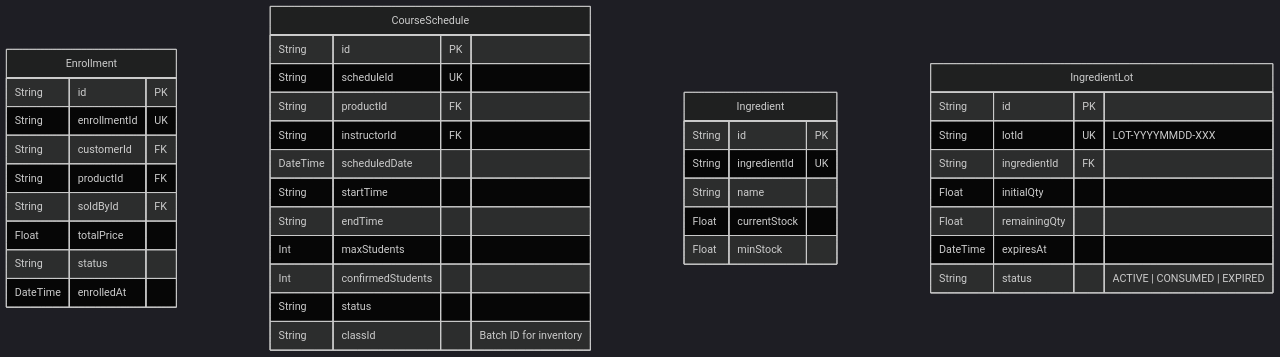
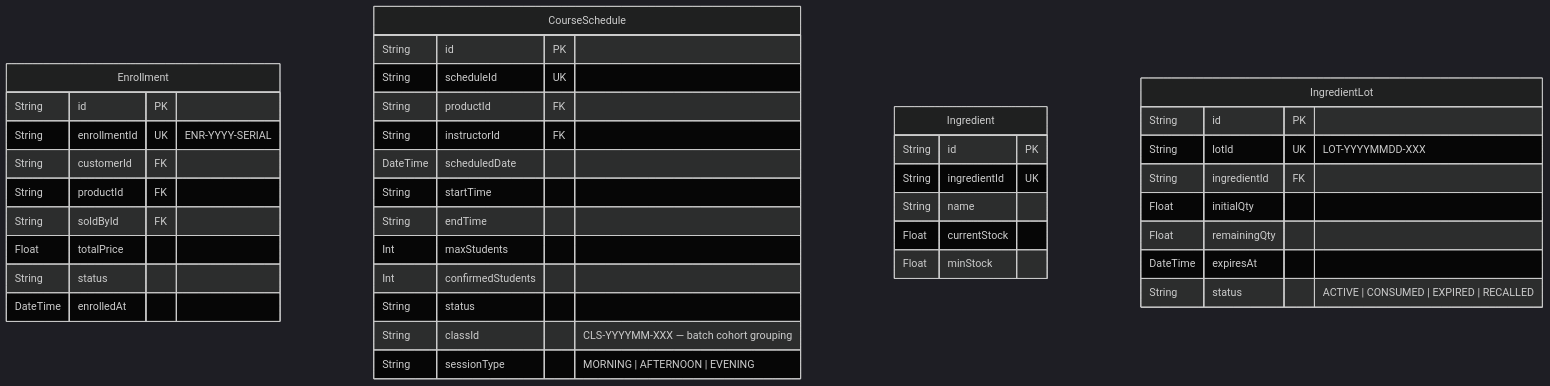
One commit to Freshair129/crmapp changed the third of 5 diagrams in docs/architecture/database-erd/full-schema.md. Above: the diagram before and after it, drawn with Mermaid (dark theme). The commit also changed other lines of this file and 5 other files, not shown here.

First line of the commit message:
docs: sync all architecture docs to v1.3.0

````diff
--- a/docs/architecture/database-erd/full-schema.md
+++ b/docs/architecture/database-erd/full-schema.md
@@ -108,45 +119,46 @@
 ```mermaid
 erDiagram
     Enrollment {
         String   id            PK
-        String   enrollmentId  UK
+        String   enrollmentId  UK  "ENR-YYYY-SERIAL"
         String   customerId    FK
         String   productId     FK
         String   soldById      FK
         Float    totalPrice
         String   status
         DateTime enrolledAt
     }
 
     CourseSchedule {
         String   id                PK
         String   scheduleId        UK
         String   productId         FK
         String   instructorId      FK
         DateTime scheduledDate
         String   startTime
         String   endTime
         Int      maxStudents
         Int      confirmedStudents
         String   status
-        String   classId           "Batch ID for inventory"
+        String   classId           "CLS-YYYYMM-XXX — batch cohort grouping"
+        String   sessionType       "MORNING | AFTERNOON | EVENING"
     }
 
     Ingredient {
-        String   id PK
+        String   id          PK
         String   ingredientId UK
         String   name
         Float    currentStock
         Float    minStock
     }
 
     IngredientLot {
-        String   id PK
-        String   lotId UK "LOT-YYYYMMDD-XXX"
+        String   id          PK
+        String   lotId       UK  "LOT-YYYYMMDD-XXX"
         String   ingredientId FK
         Float    initialQty
         Float    remainingQty
         DateTime expiresAt
-        String   status "ACTIVE | CONSUMED | EXPIRED"
+        String   status          "ACTIVE | CONSUMED | EXPIRED | RECALLED"
     }
 ```
````
